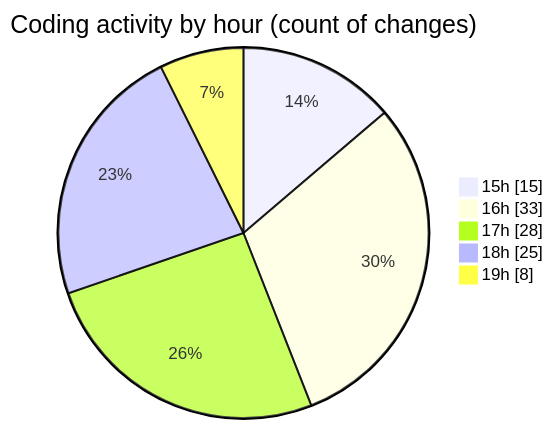
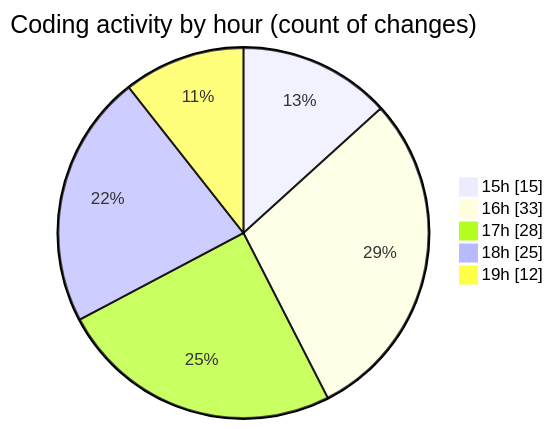
One commit to donsfak/code-tracking changed the second of 2 diagrams in 2025-02-25/trackers_app/README.md. Above: the diagram before and after it, drawn with Mermaid. The commit also changed other lines of this file and 1 other file, not shown here.

````diff
--- a/2025-02-25/trackers_app/README.md
+++ b/2025-02-25/trackers_app/README.md
@@ -41,9 +41,9 @@
 ```mermaid
 pie showData
 title Coding activity by hour (count of changes)
 "15h" : 15
 "16h" : 33
 "17h" : 28
 "18h" : 25
-"19h" : 8
+"19h" : 12
 ```
````
